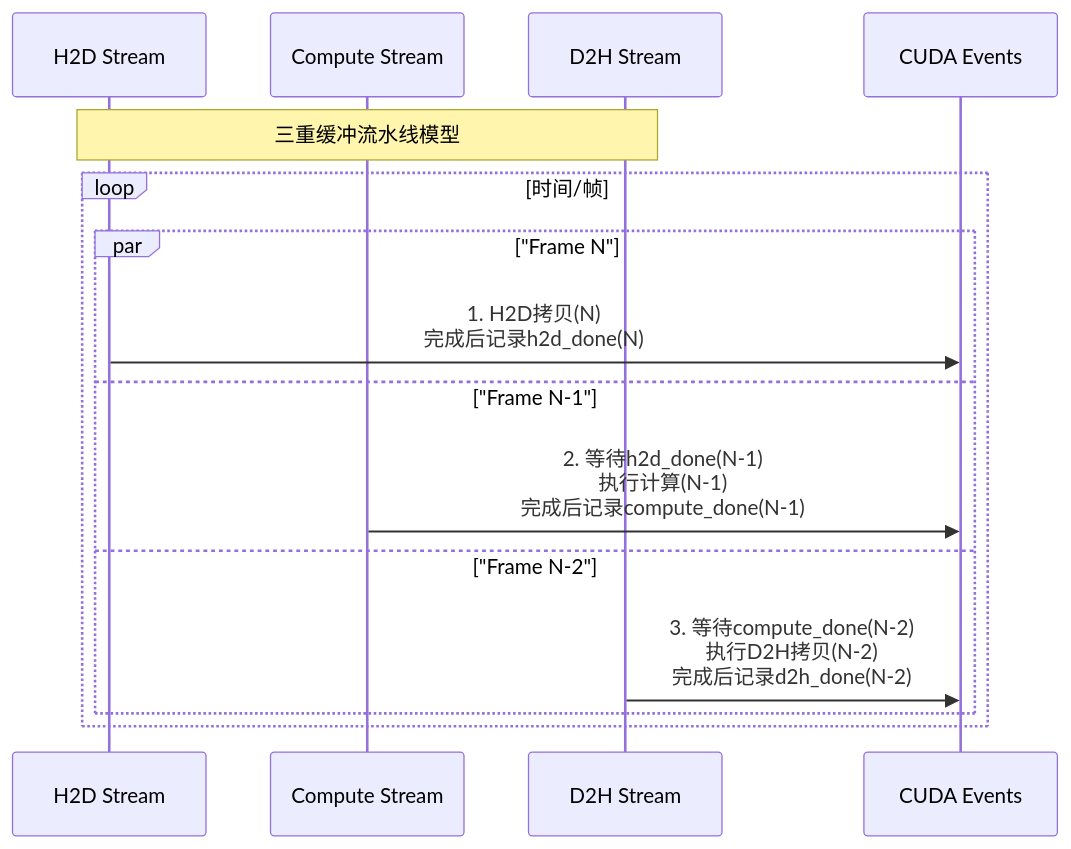
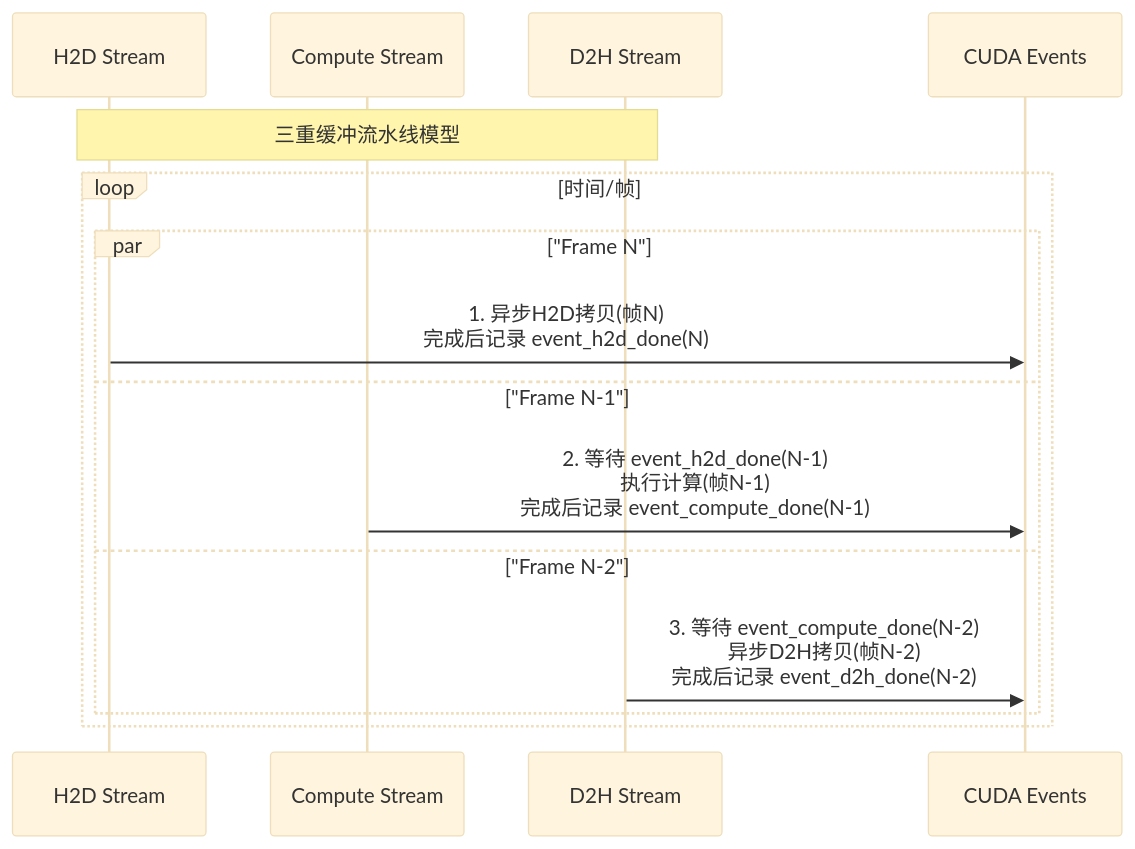
Before and after one commit to wendizhou99-cell/Radar: the sixth of 11 diagrams in docs/01_项目设计/02_模块设计/02_信号处理模块设计.md, drawn with Mermaid. The commit also changed other lines of this file and 26 other files, not shown here.

First line of the commit message:
docs: 完成数据架构文档系列重构和Mermaid可视化指南增强

````diff
--- a/docs/01_项目设计/02_模块设计/02_信号处理模块设计.md
+++ b/docs/01_项目设计/02_模块设计/02_信号处理模块设计.md
@@ -375,19 +551,25 @@
 ```mermaid
+---
+config:
+  theme: base
+  flowchart:
+    curve: basis
+---
 sequenceDiagram
     participant Stream1 as H2D Stream
     participant Stream2 as Compute Stream
     participant Stream3 as D2H Stream
-    participant Event as CUDA Events
+    participant Events as CUDA Events
 
     Note over Stream1, Stream3: 三重缓冲流水线模型
 
     loop 时间/帧
         par "Frame N"
-            Stream1->>Event: 1. H2D拷贝(N)<br/>完成后记录h2d_done(N)
+            Stream1->>Events: 1. 异步H2D拷贝(帧N)<br/>完成后记录 event_h2d_done(N)
         and "Frame N-1"
-            Stream2->>Event: 2. 等待h2d_done(N-1)<br/>执行计算(N-1)<br/>完成后记录compute_done(N-1)
+            Stream2->>Events: 2. 等待 event_h2d_done(N-1)<br/>执行计算(帧N-1)<br/>完成后记录 event_compute_done(N-1)
         and "Frame N-2"
-            Stream3->>Event: 3. 等待compute_done(N-2)<br/>执行D2H拷贝(N-2)<br/>完成后记录d2h_done(N-2)
+            Stream3->>Events: 3. 等待 event_compute_done(N-2)<br/>异步D2H拷贝(帧N-2)<br/>完成后记录 event_d2h_done(N-2)
         end
     end
 ```
````
